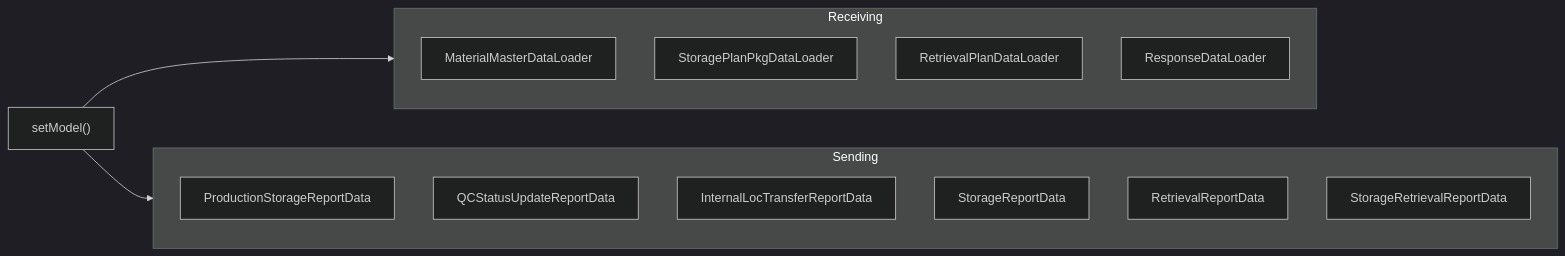
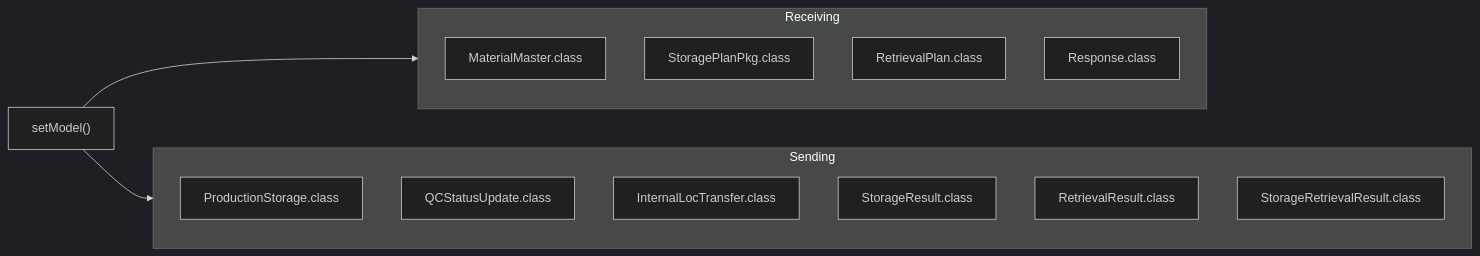
One commit to luthfiadityaa/SimeDarby-Wiki changed the fourth of 4 diagrams in Basic-Design/Host-Interfaces.md. Above: the diagram before and after it, drawn with Mermaid (dark theme).

Commit message:
Updated Host Interfaces

```diff
--- a/Basic-Design/Host-Interfaces.md
+++ b/Basic-Design/Host-Interfaces.md
@@ -99,23 +99,22 @@
 ::: mermaid
 flowchart LR
  C1["setModel()"]  
  C1 --> Receiving 
  C1 --> Sending 
 
 subgraph Receiving
- C21["MaterialMasterDataLoader"]
- C22["StoragePlanPkgDataLoader"] 
- C23["RetrievalPlanDataLoader"] 
- C24["ResponseDataLoader"]
+ C21["MaterialMaster.class"]
+ C22["StoragePlanPkg.class"] 
+ C23["RetrievalPlan.class"] 
+ C24["Response.class"]
 end
 
 subgraph Sending
- C25["ProductionStorageReportData"]
- C26["QCStatusUpdateReportData"]
- C27["InternalLocTransferReportData"] 
- C28["StorageReportData"]
- C29["RetrievalReportData"] 
- C30["StorageRetrievalReportData"] 
-end
- 
+ C25["ProductionStorage.class"]
+ C26["QCStatusUpdate.class"]
+ C27["InternalLocTransfer.class"] 
+ C28["StorageResult.class"]
+ C29["RetrievalResult.class"] 
+ C30["StorageRetrievalResult.class"] 
+end 
 :::
```
